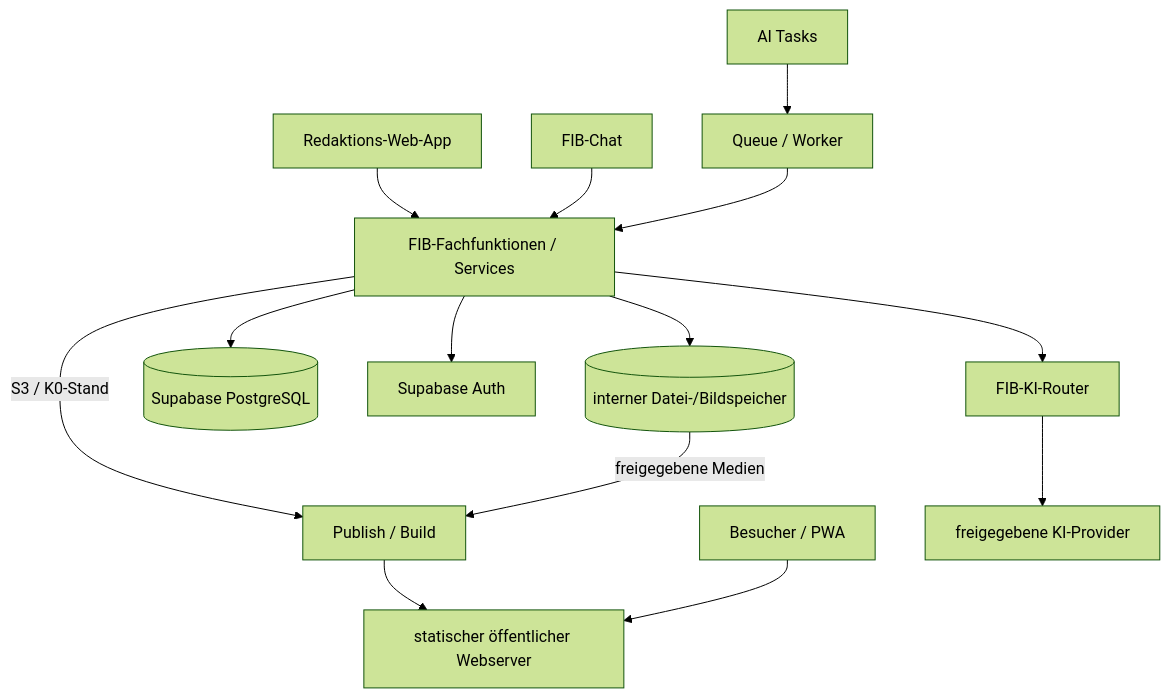
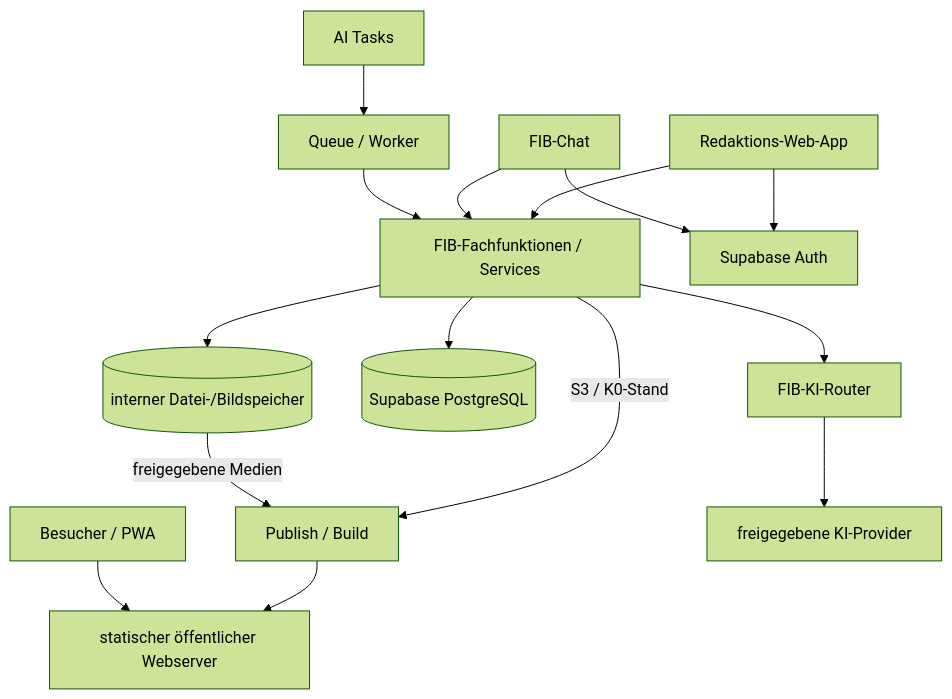
The diagram in docs/Zielarchitektur.md (PustefixReisen/fib-echtsystem), drawn with Mermaid (forest theme) before and after one commit. The commit also changed other lines of this file, not shown here.

Commit message:
G5: Auth- und Rechtearchitektur in Zielarchitektur integrieren

````diff
--- a/docs/Zielarchitektur.md
+++ b/docs/Zielarchitektur.md
@@ -47,34 +49,35 @@
 ```mermaid
 flowchart TB
     V[Besucher / PWA]
     R[Redaktions-Web-App]
     C[FIB-Chat]
     T[AI Tasks]
 
     FS[FIB-Fachfunktionen / Services]
     AIR[FIB-KI-Router]
     PUB[Publish / Build]
     Q[Queue / Worker]
 
     DB[(Supabase PostgreSQL)]
     AUTH[Supabase Auth]
     STORE[(interner Datei-/Bildspeicher)]
     AI[freigegebene KI-Provider]
     WEB[statischer öffentlicher Webserver]
 
+    R --> AUTH
+    C --> AUTH
     R --> FS
     C --> FS
     T --> Q
     Q --> FS
 
     FS --> DB
-    FS --> AUTH
     FS --> STORE
     FS --> AIR
     AIR --> AI
 
     FS -->|S3 / K0-Stand| PUB
     STORE -->|freigegebene Medien| PUB
     PUB --> WEB
     V --> WEB
 ```
````
